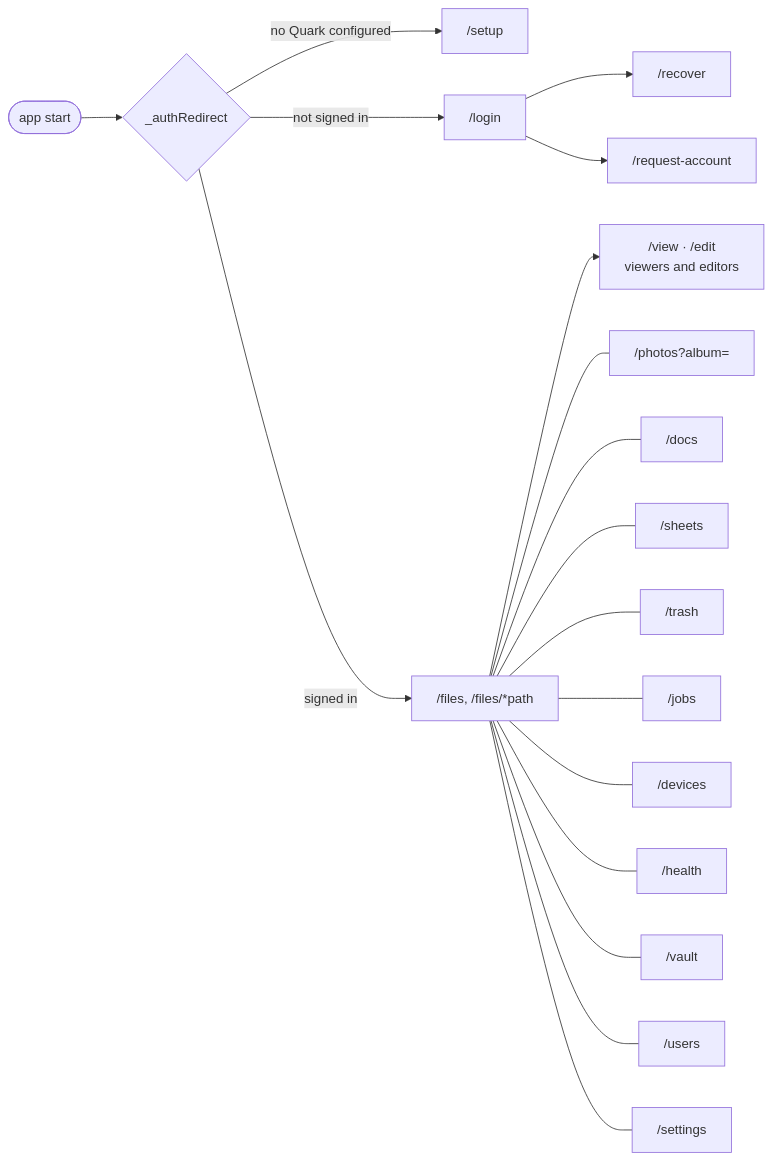
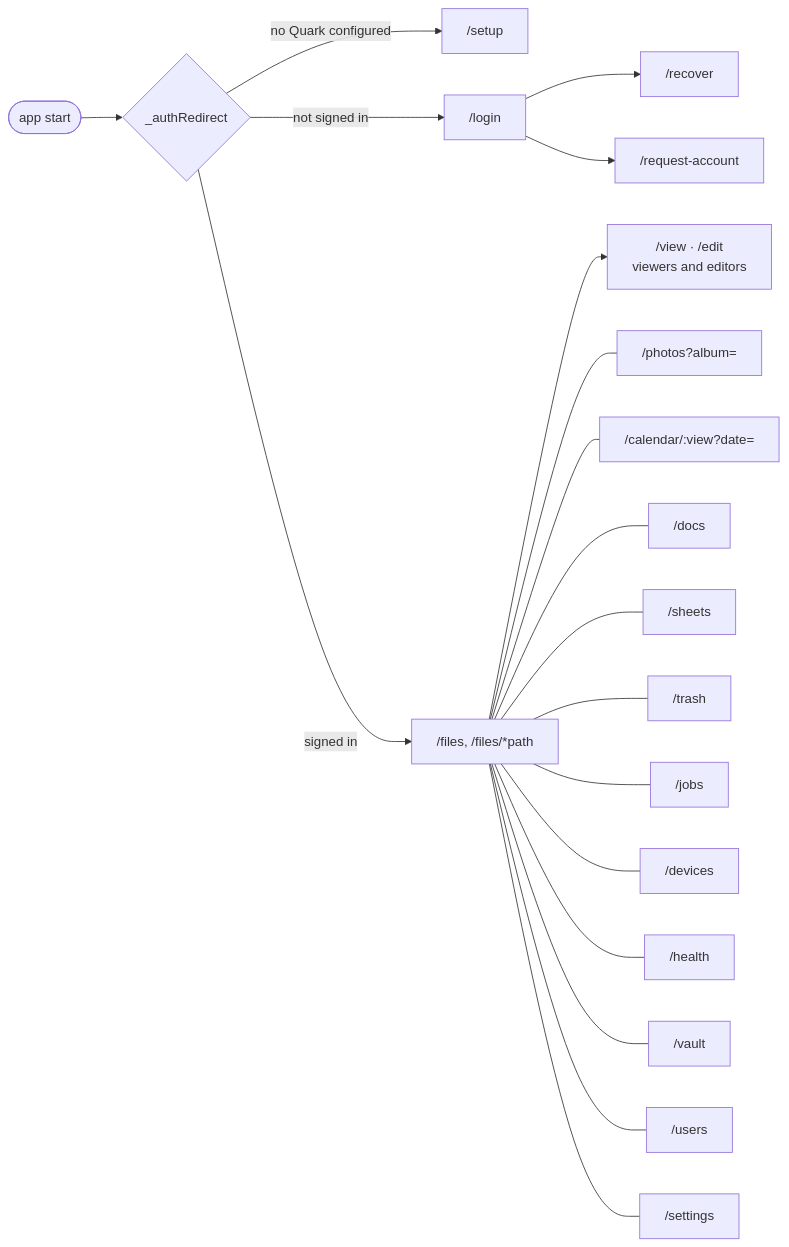
The third of 3 diagrams in docs/architecture/frontend.md (autobutler-org/quark), drawn with Mermaid before and after one commit. The commit also changed other lines of this file and 14 other files, not shown here.

````diff
--- a/docs/architecture/frontend.md
+++ b/docs/architecture/frontend.md
@@ -79,13 +79,13 @@
 ```mermaid
 flowchart LR
     start([app start]) --> redirect{"_authRedirect"}
     redirect -- "no Quark configured" --> setup["/setup"]
     redirect -- "not signed in" --> login["/login"]
     login --> recover["/recover"]
     login --> request["/request-account"]
     redirect -- signed in --> files["/files, /files/*path"]
     files --> view["/view · /edit<br/>viewers and editors"]
-    files --- photos["/photos?album="] & docs["/docs"] & sheets["/sheets"]
+    files --- photos["/photos?album="] & calendar["/calendar/:view?date="] & docs["/docs"] & sheets["/sheets"]
     files --- trash["/trash"] & jobs["/jobs"] & devices["/devices"] & health["/health"]
     files --- vault["/vault"] & users["/users"] & settings["/settings"]
 ```
````
